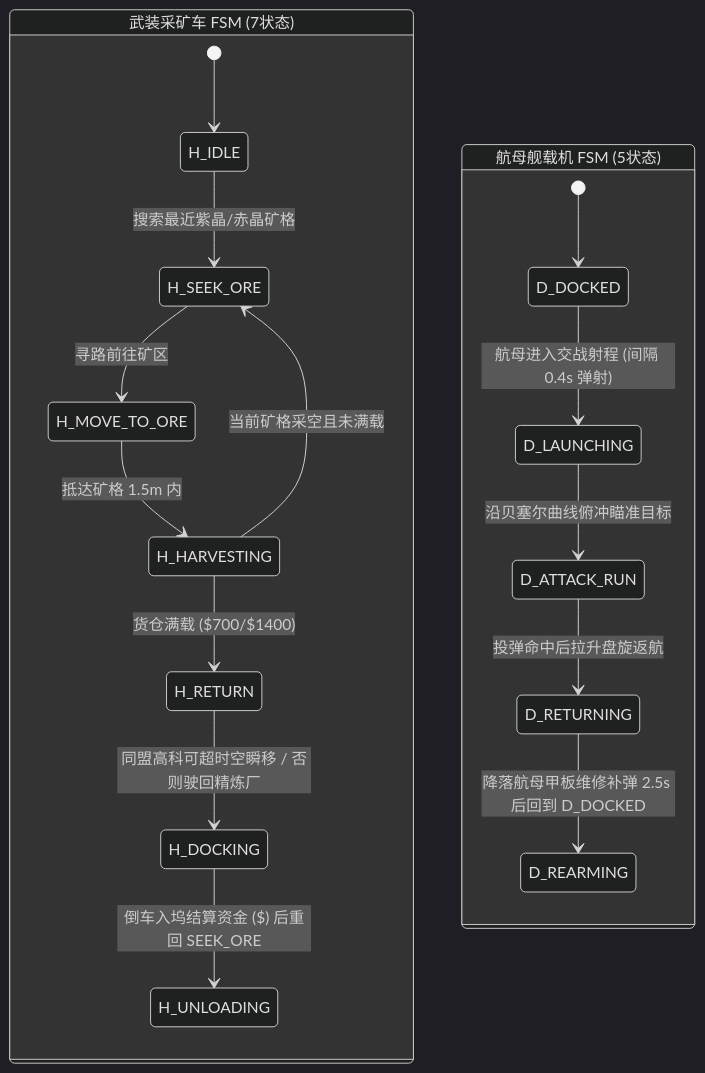
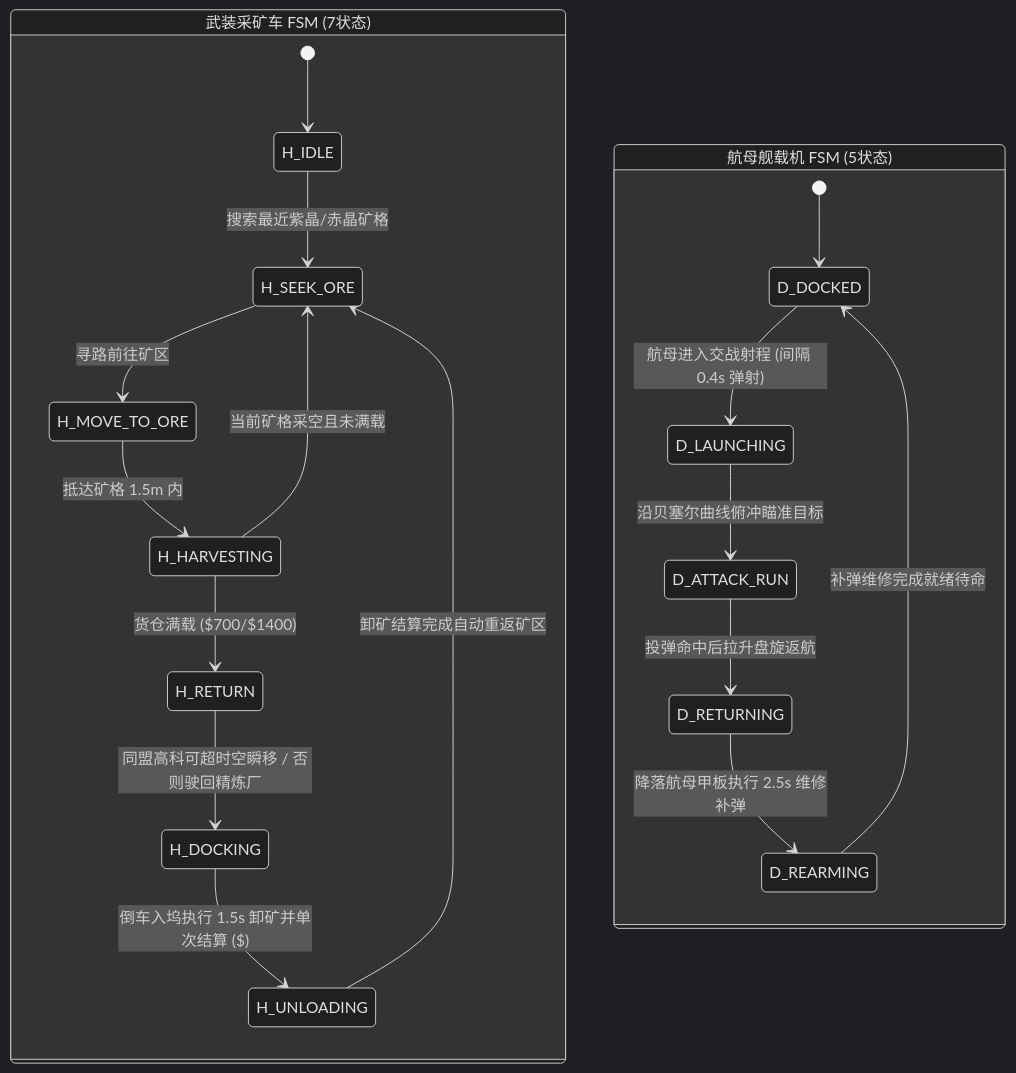
The second of 2 diagrams in docs/SDD.md (mullvadcat/RedAlert3A), drawn with Mermaid (dark theme) before and after one commit. The commit also changed other lines of this file and 2 other files, not shown here.

````diff
--- a/docs/SDD.md
+++ b/docs/SDD.md
@@ -185,20 +185,22 @@
 ```mermaid
 stateDiagram-v2
     state "武装采矿车 FSM (7状态)" as HARV {
         [*] --> H_IDLE
         H_IDLE --> H_SEEK_ORE : 搜索最近紫晶/赤晶矿格
         H_SEEK_ORE --> H_MOVE_TO_ORE : 寻路前往矿区
         H_MOVE_TO_ORE --> H_HARVESTING : 抵达矿格 1.5m 内
         H_HARVESTING --> H_SEEK_ORE : 当前矿格采空且未满载
         H_HARVESTING --> H_RETURN : 货仓满载 ($700/$1400)
         H_RETURN --> H_DOCKING : 同盟高科可超时空瞬移 / 否则驶回精炼厂
-        H_DOCKING --> H_UNLOADING : 倒车入坞结算资金 ($) 后重回 SEEK_ORE
+        H_DOCKING --> H_UNLOADING : 倒车入坞执行 1.5s 卸矿并单次结算 ($)
+        H_UNLOADING --> H_SEEK_ORE : 卸矿结算完成自动重返矿区
     }
     state "航母舰载机 FSM (5状态)" as DRONE {
         [*] --> D_DOCKED
         D_DOCKED --> D_LAUNCHING : 航母进入交战射程 (间隔 0.4s 弹射)
         D_LAUNCHING --> D_ATTACK_RUN : 沿贝塞尔曲线俯冲瞄准目标
         D_ATTACK_RUN --> D_RETURNING : 投弹命中后拉升盘旋返航
-        D_RETURNING --> D_REARMING : 降落航母甲板维修补弹 2.5s 后回到 D_DOCKED
+        D_RETURNING --> D_REARMING : 降落航母甲板执行 2.5s 维修补弹
+        D_REARMING --> D_DOCKED : 补弹维修完成就绪待命
     }
 ```
````
